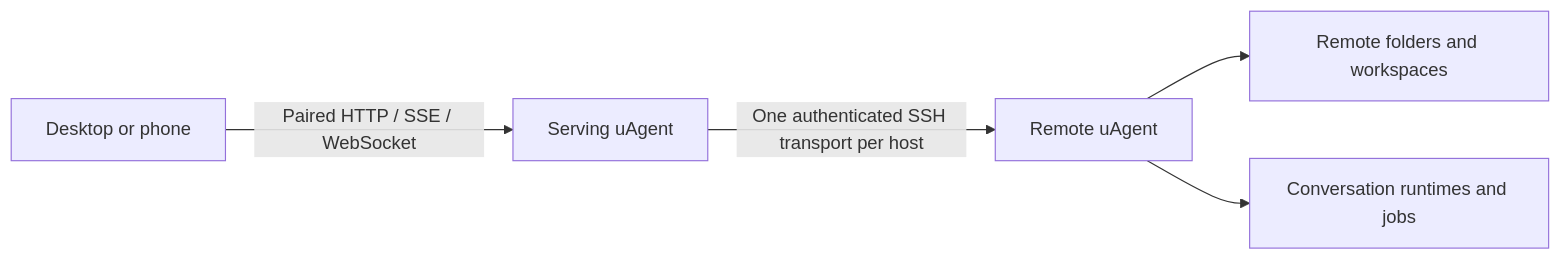
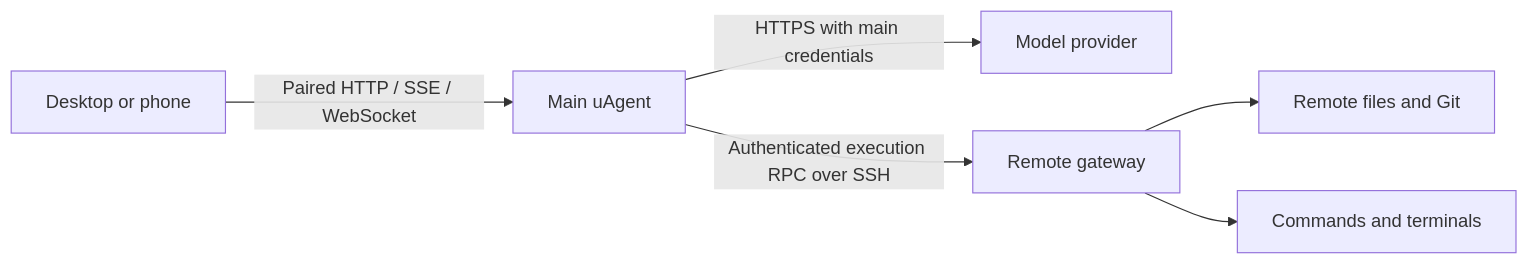
Before and after one commit to timongentzsch/uAgent: the diagram in docs/REMOTE_HOSTS.md, drawn with Mermaid. The commit also changed other lines of this file and 95 other files, not shown here.

Commit message:
Keep remote workspaces on main-owned agents with stateless execution gateways

````diff
--- a/docs/REMOTE_HOSTS.md
+++ b/docs/REMOTE_HOSTS.md
@@ -7,7 +9,8 @@
 ```mermaid
 flowchart LR
-  Browser[Desktop or phone] -->|Paired HTTP / SSE / WebSocket| Gateway[Serving uAgent]
-  Gateway -->|One authenticated SSH transport per host| Remote[Remote uAgent]
-  Remote --> Files[Remote folders and workspaces]
-  Remote --> Runtime[Conversation runtimes and jobs]
+  Browser[Desktop or phone] -->|Paired HTTP / SSE / WebSocket| Main[Main uAgent]
+  Main -->|HTTPS with main credentials| Provider[Model provider]
+  Main -->|Authenticated execution RPC over SSH| Remote[Remote gateway]
+  Remote --> Files[Remote files and Git]
+  Remote --> Processes[Commands and terminals]
 ```
````
